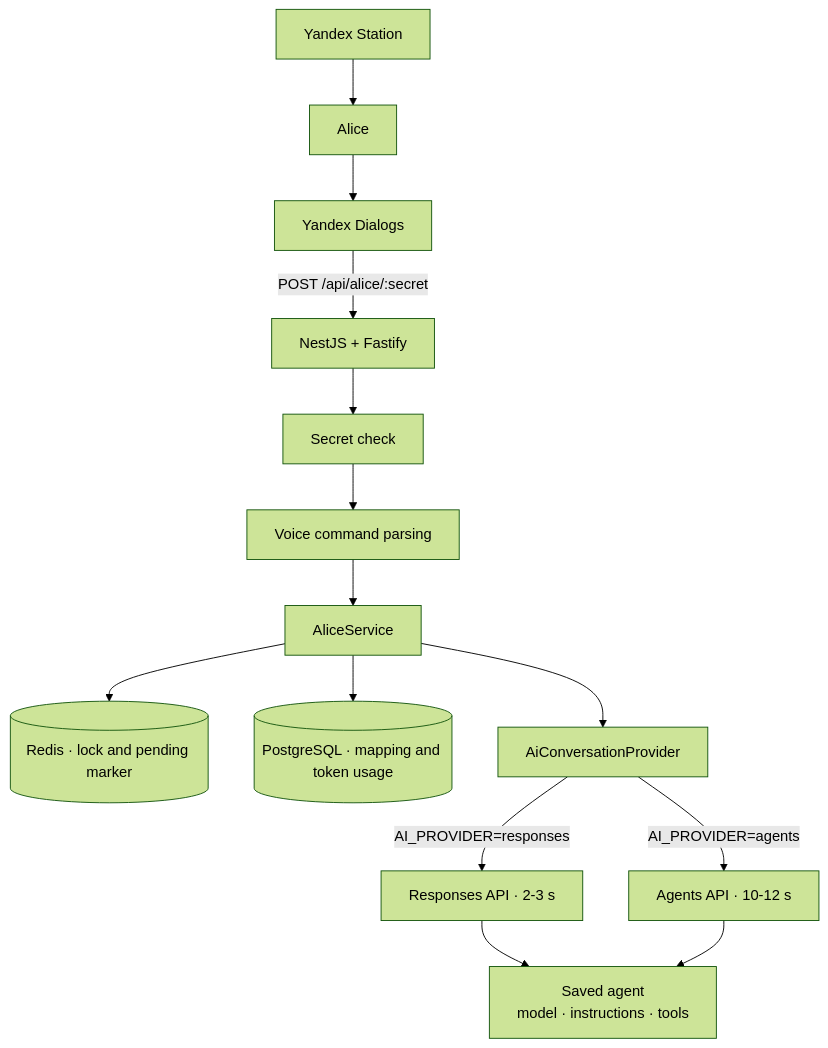
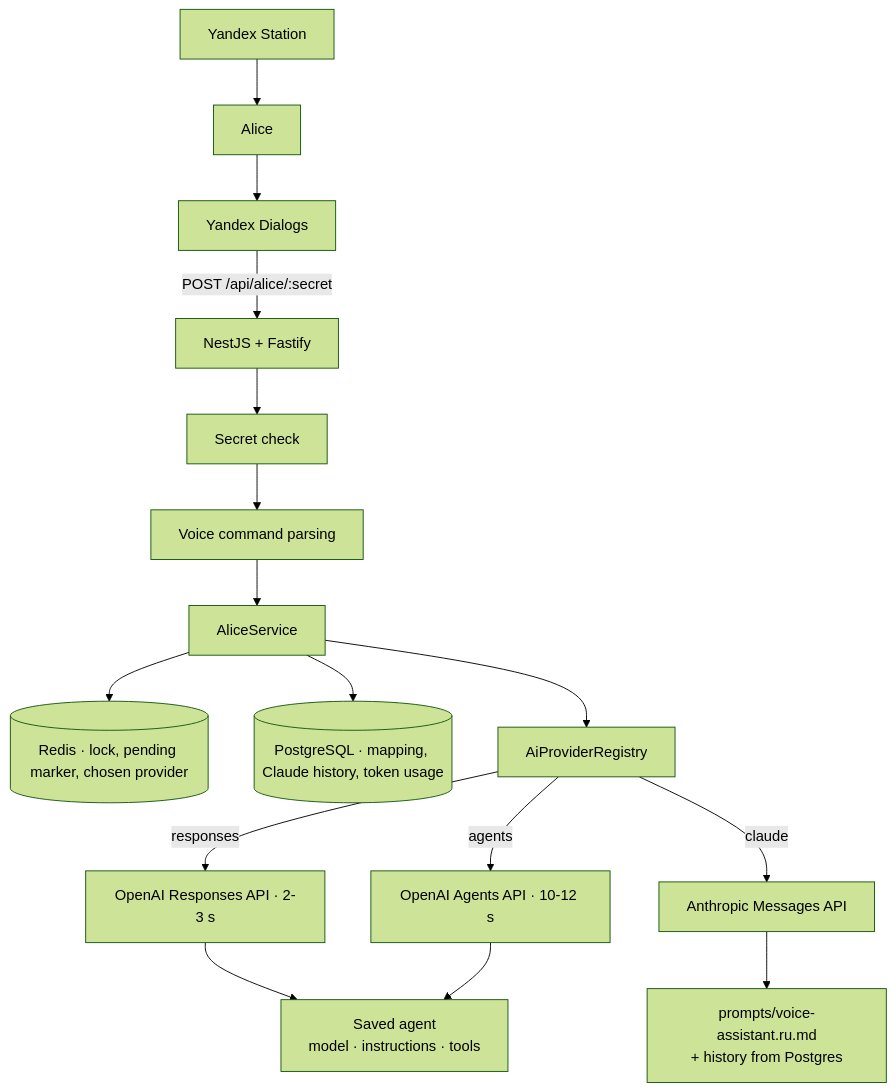
One commit to pavser/makealicebetter changed the diagram in README.en.md. Above: the diagram before and after it, drawn with Mermaid (forest theme). The commit also changed other lines of this file and 40 other files, not shown here.

First line of the commit message:
Провайдерная система: OpenAI остаётся, добавляется Claude

````diff
--- a/README.en.md
+++ b/README.en.md
@@ -38,19 +41,21 @@
 ```mermaid
 flowchart TD
     Station[Yandex Station] --> Alice[Alice]
     Alice --> Dialogs[Yandex Dialogs]
     Dialogs -->|POST /api/alice/:secret| Nest[NestJS + Fastify]
 
     Nest --> Guard[Secret check]
     Guard --> Parser[Voice command parsing]
     Parser --> Service[AliceService]
 
-    Service --> Redis[(Redis · lock and pending marker)]
-    Service --> PG[(PostgreSQL · mapping and token usage)]
-    Service --> Provider[AiConversationProvider]
+    Service --> Redis[(Redis · lock, pending marker, chosen provider)]
+    Service --> PG[(PostgreSQL · mapping, Claude history, token usage)]
+    Service --> Registry[AiProviderRegistry]
 
-    Provider -->|AI_PROVIDER=responses| Responses[Responses API · 2-3 s]
-    Provider -->|AI_PROVIDER=agents| Agents[Agents API · 10-12 s]
+    Registry -->|responses| Responses[OpenAI Responses API · 2-3 s]
+    Registry -->|agents| Agents[OpenAI Agents API · 10-12 s]
+    Registry -->|claude| Claude[Anthropic Messages API]
     Responses --> Saved[Saved agent<br/>model · instructions · tools]
     Agents --> Saved
+    Claude --> Prompt[prompts/voice-assistant.ru.md<br/>+ history from Postgres]
 ```
````
